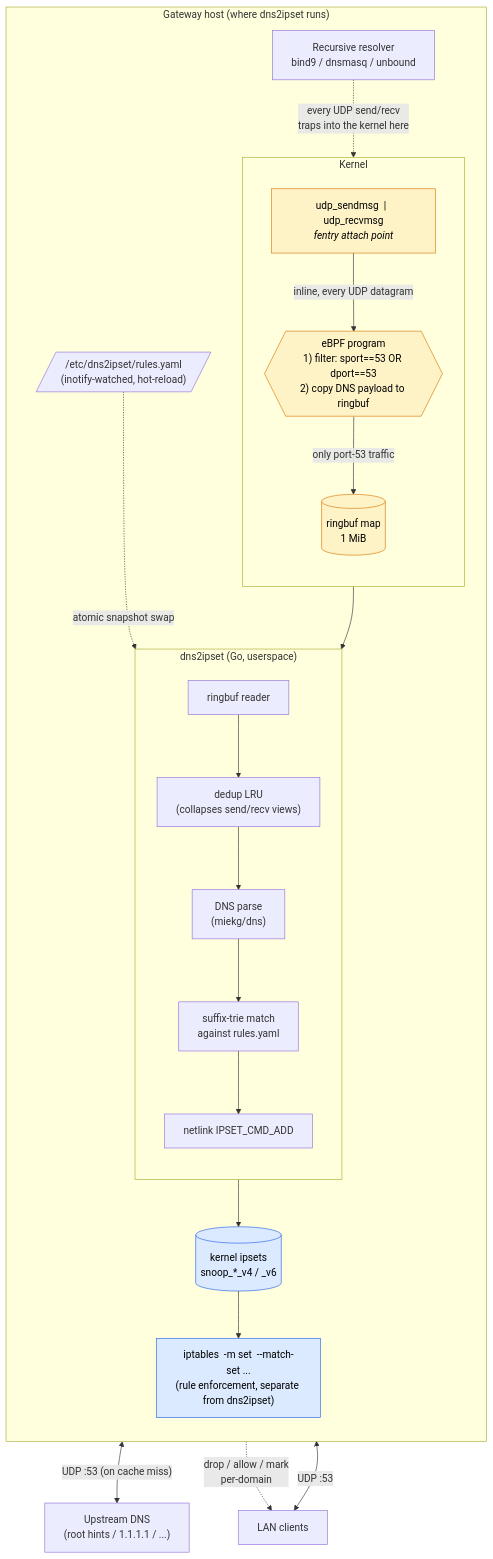
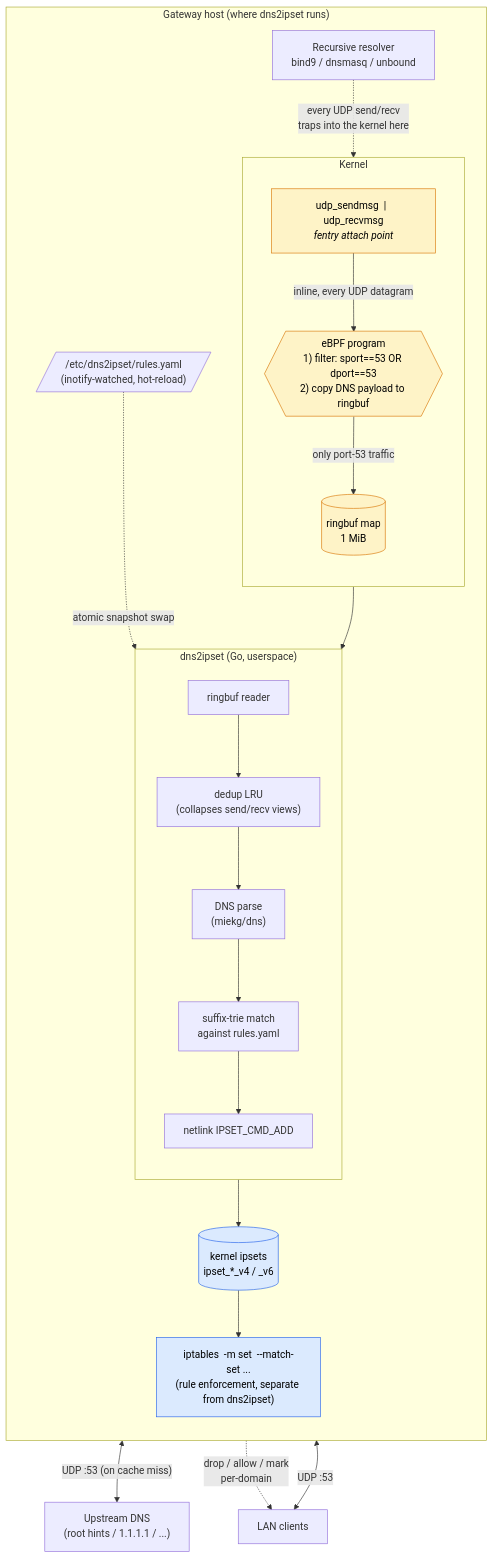
The diagram in ARCHITECTURE.md (rightkick/dns2ipset), drawn with Mermaid before and after one commit. The commit also changed other lines of this file and 21 other files, not shown here.

````diff
--- a/ARCHITECTURE.md
+++ b/ARCHITECTURE.md
@@ -43,48 +43,48 @@
 ```mermaid
 flowchart TB
     Clients["LAN clients"]
     Upstream["Upstream DNS<br/>(root hints / 1.1.1.1 / ...)"]
 
     subgraph Gateway["Gateway host (where dns2ipset runs)"]
         direction TB
 
         Resolver["Recursive resolver<br/>bind9 / dnsmasq / unbound"]
 
         subgraph Kernel["Kernel"]
             direction TB
             Hooks["udp_sendmsg &nbsp;|&nbsp; udp_recvmsg<br/><i>fentry attach point</i>"]
             BPF{{"eBPF program<br/>1) filter: sport==53 OR dport==53<br/>2) copy DNS payload to ringbuf"}}
             Ring[("ringbuf map<br/>1 MiB")]
             Hooks -->|"inline, every UDP datagram"| BPF
             BPF -->|"only port-53 traffic"| Ring
         end
 
         subgraph Pipeline["dns2ipset (Go, userspace)"]
             direction TB
             Reader["ringbuf reader"]
             Dedup["dedup LRU<br/>(collapses send/recv views)"]
             Parser["DNS parse<br/>(miekg/dns)"]
             Match["suffix-trie match<br/>against rules.yaml"]
             Add["netlink IPSET_CMD_ADD"]
             Reader --> Dedup --> Parser --> Match --> Add
         end
 
         Rules[/"/etc/dns2ipset/rules.yaml<br/>(inotify-watched, hot-reload)"/]
-        Sets[("kernel ipsets<br/>snoop_*_v4 / _v6")]
+        Sets[("kernel ipsets<br/>ipset_*_v4 / _v6")]
         Iptables["iptables &nbsp;-m set &nbsp;--match-set ...<br/>(rule enforcement, separate from dns2ipset)"]
     end
 
     Clients <-->|"UDP :53"| Resolver
     Resolver <-->|"UDP :53 (on cache miss)"| Upstream
     Resolver -.->|"every UDP send/recv<br/>traps into the kernel here"| Hooks
     Ring --> Reader
     Rules -.->|"atomic snapshot swap"| Match
     Add --> Sets
     Sets --> Iptables
     Iptables -.->|"drop / allow / mark<br/>per-domain"| Clients
 
     classDef bpf fill:#fef3c7,stroke:#d97706,color:#000
     classDef ipset fill:#dbeafe,stroke:#2563eb,color:#000
     class Hooks,BPF,Ring bpf
     class Sets,Iptables ipset
 ```
````
